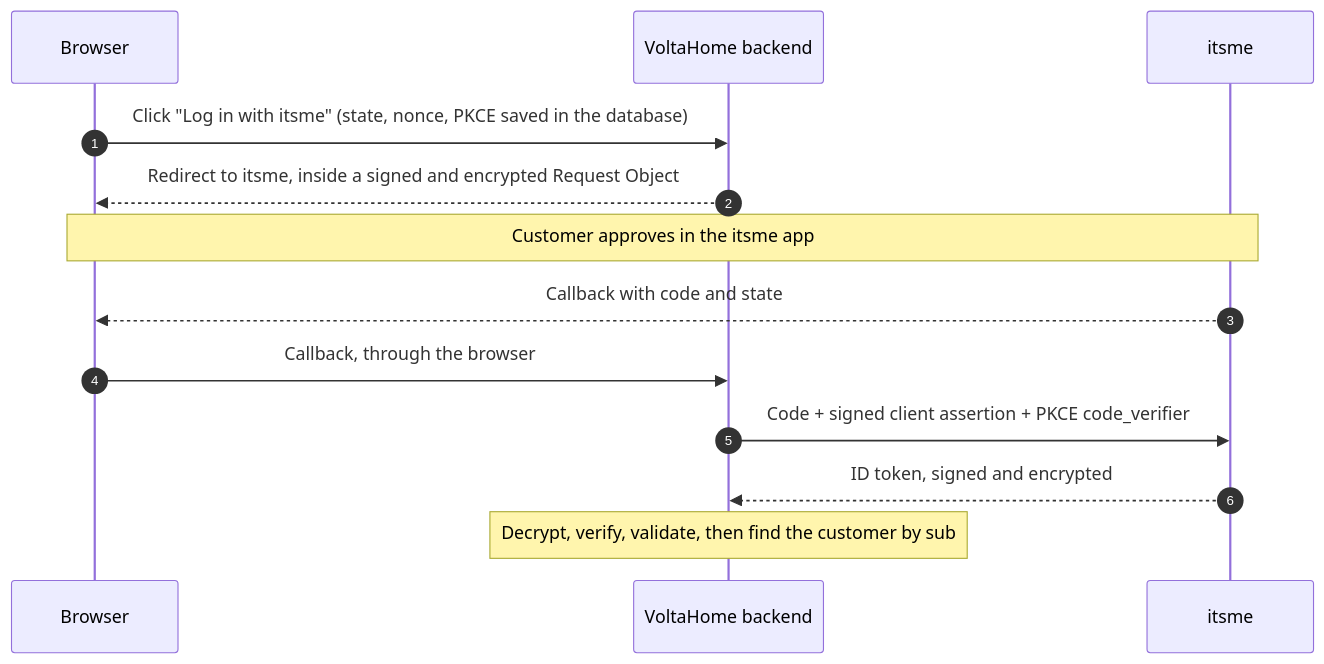
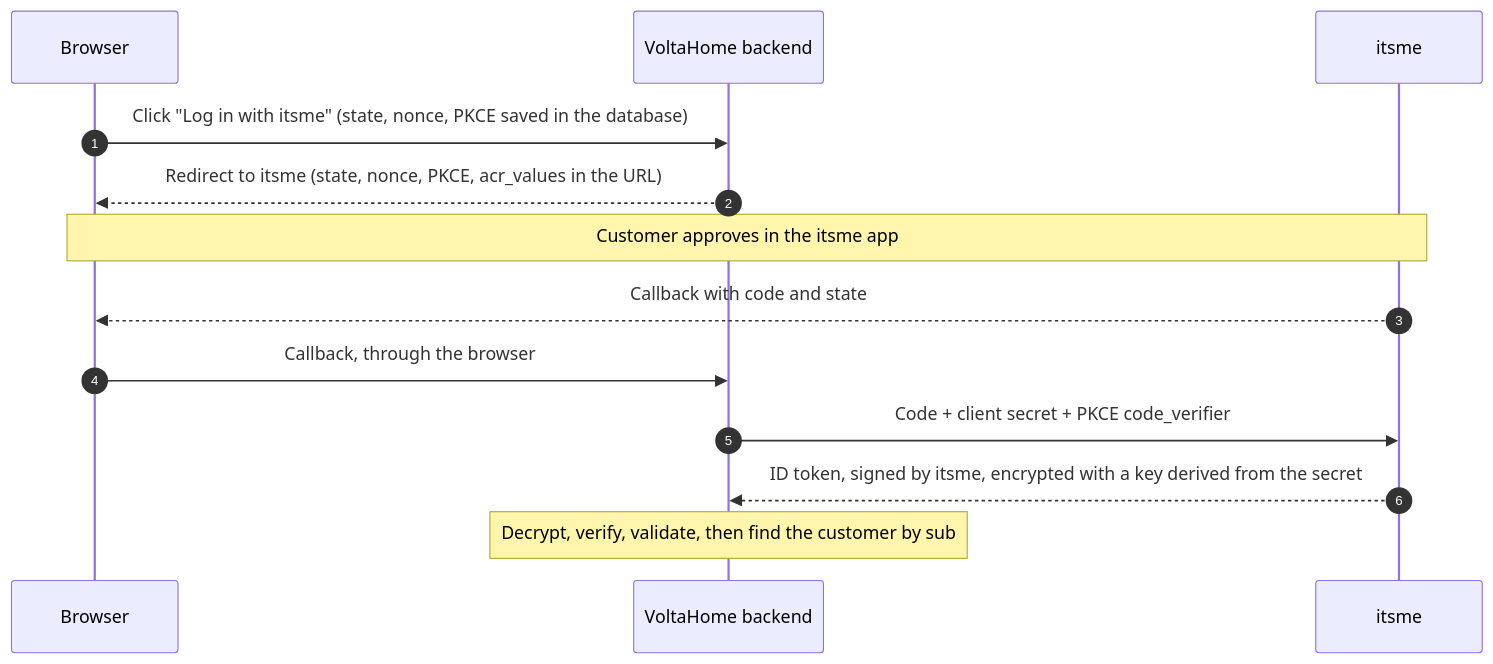
Before and after one commit to damienbr/stateless-oidc-login-sample: the first of 2 diagrams in docs/walkthrough.md, drawn with Mermaid. The commit also changed other lines of this file and 35 other files, not shown here.

````diff
--- a/docs/walkthrough.md
+++ b/docs/walkthrough.md
@@ -47,15 +47,15 @@
 ```mermaid
 sequenceDiagram
     autonumber
     participant B as Browser
     participant S as VoltaHome backend
     participant I as itsme
     B->>S: Click "Log in with itsme" (state, nonce, PKCE saved in the database)
-    S-->>B: Redirect to itsme, inside a signed and encrypted Request Object
+    S-->>B: Redirect to itsme (state, nonce, PKCE, acr_values in the URL)
     Note over B,I: Customer approves in the itsme app
     I-->>B: Callback with code and state
     B->>S: Callback, through the browser
-    S->>I: Code + signed client assertion + PKCE code_verifier
-    I-->>S: ID token, signed and encrypted
+    S->>I: Code + client secret + PKCE code_verifier
+    I-->>S: ID token, signed by itsme, encrypted with a key derived from the secret
     Note over S: Decrypt, verify, validate, then find the customer by sub
 ```
````
